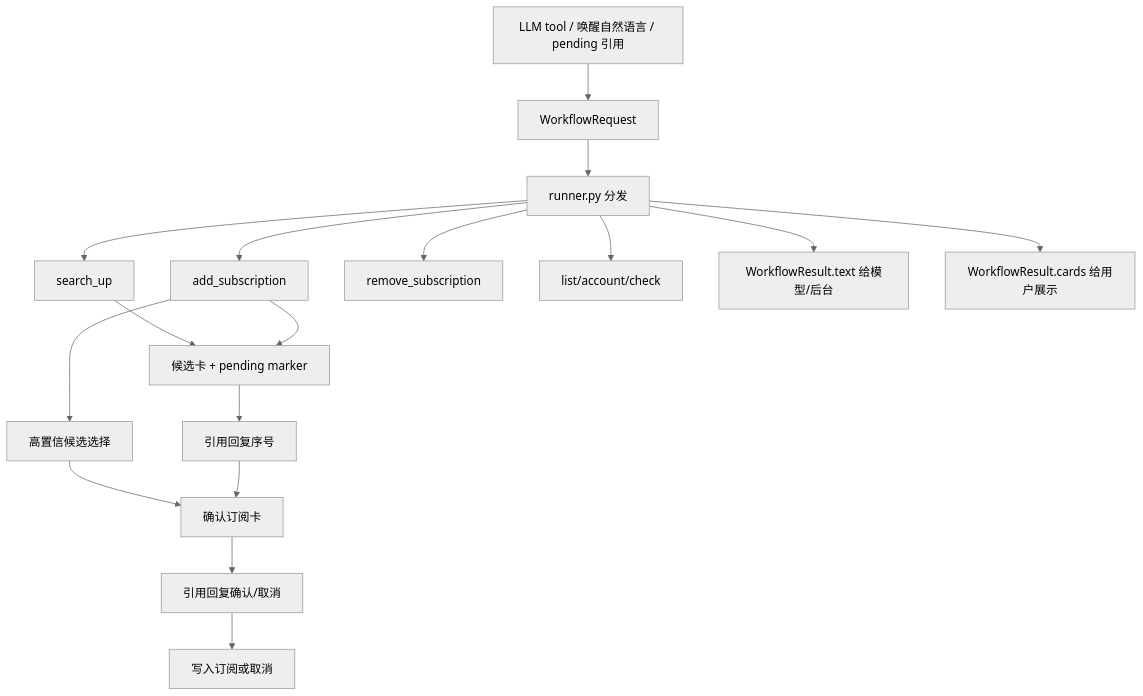
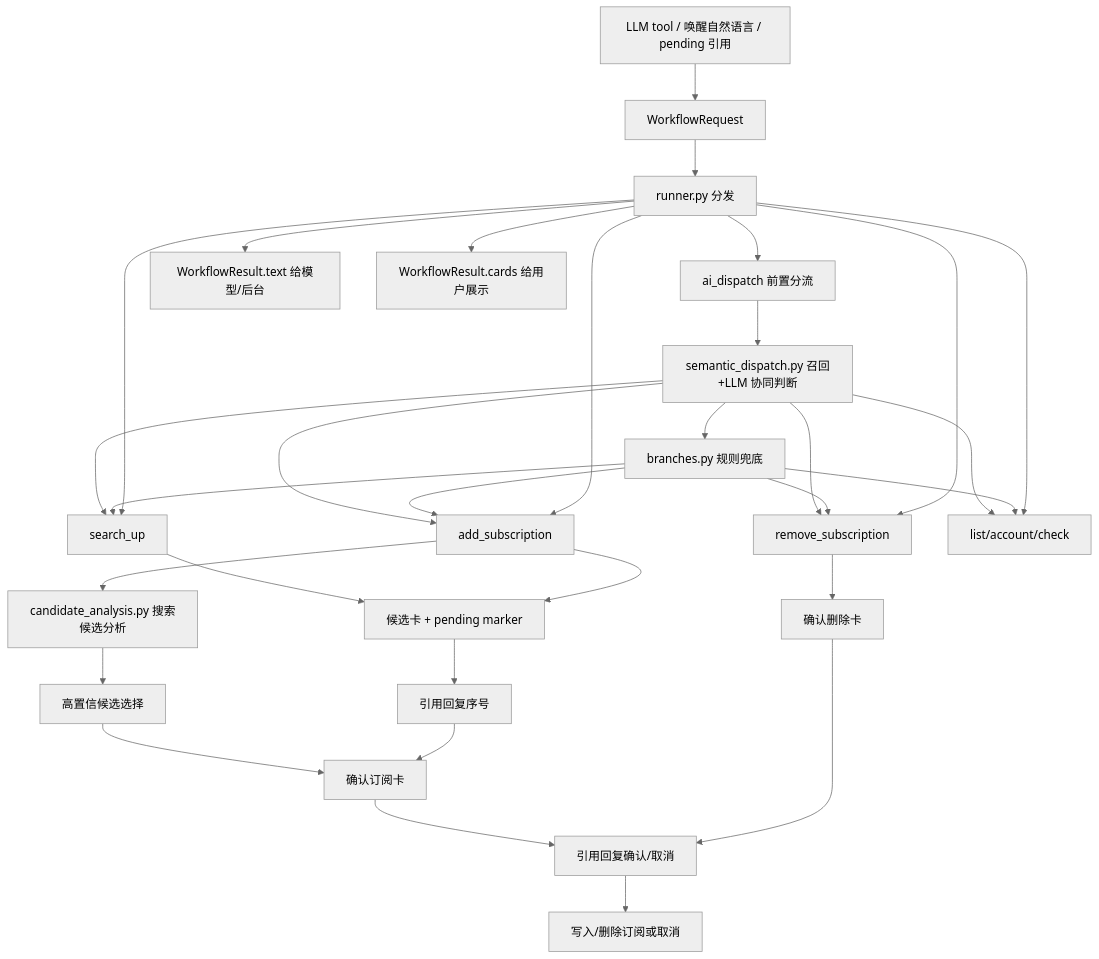
Before and after one commit to memoriass/astrbot_plugin_bilibili_push: the diagram in workflows/workflows.md, drawn with Mermaid (neutral theme). The commit also changed other lines of this file and 36 other files, not shown here.

````diff
--- a/workflows/workflows.md
+++ b/workflows/workflows.md
@@ -38,19 +45,33 @@
 ```mermaid
 flowchart TD
     Entry["LLM tool / 唤醒自然语言 / pending 引用"] --> Request["WorkflowRequest"]
     Request --> Runner["runner.py 分发"]
+    Runner --> Dispatch["ai_dispatch 前置分流"]
+    Dispatch --> Semantic["semantic_dispatch.py 召回+LLM 协同判断"]
+    Semantic --> Branches["branches.py 规则兜底"]
+    Semantic --> Search
+    Semantic --> Add
+    Semantic --> Remove
+    Semantic --> Manage
+    Branches --> Search
+    Branches --> Add
+    Branches --> Remove
+    Branches --> Manage
     Runner --> Search["search_up"]
     Runner --> Add["add_subscription"]
     Runner --> Remove["remove_subscription"]
     Runner --> Manage["list/account/check"]
     Search --> CandidateCard["候选卡 + pending marker"]
-    Add --> Select["高置信候选选择"]
+    Add --> CandidateAI["candidate_analysis.py 搜索候选分析"]
+    CandidateAI --> Select["高置信候选选择"]
     Select --> Confirm["确认订阅卡"]
     Add --> CandidateCard
     CandidateCard --> Continue["引用回复序号"]
     Continue --> Confirm
+    Remove --> RemoveConfirm["确认删除卡"]
     Confirm --> UserConfirm["引用回复确认/取消"]
-    UserConfirm --> Write["写入订阅或取消"]
+    RemoveConfirm --> UserConfirm
+    UserConfirm --> Write["写入/删除订阅或取消"]
     Runner --> Text["WorkflowResult.text 给模型/后台"]
     Runner --> Cards["WorkflowResult.cards 给用户展示"]
 ```
````
